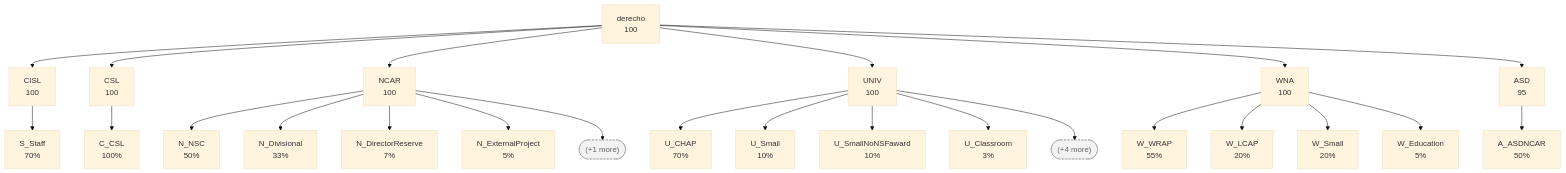
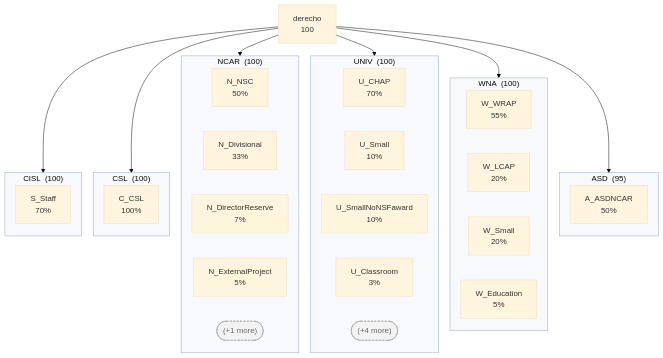
Before and after one commit to benkirk/quarto-docs-framework: the diagram in docs/sam_and_pbs/_tree_overview.qmd, drawn with Mermaid (base theme). The commit also changed 2 other files, not shown here.

Commit message:
tree2mermaid: add --stack for slide-shaped two-level fan-outs
The top-of-tree overview rendered 17 leaf columns wide -- an 8:1 strip
that shrank to illegibility on the slide. --stack draws each child of
the root as a subgraph whose own children stack vertically (invisible
~~~ links force the column), turning the overview into six facility
columns at roughly 2:1. Subgraph titles stay on one line (a <br/>
second line gets clipped by the border), stacked tiers get a neutral
fill so they don't collide with the self-leaf yellow, and stacked mode
tightens rank/node spacing via an init directive.

````diff
--- a/docs/sam_and_pbs/_tree_overview.qmd
+++ b/docs/sam_and_pbs/_tree_overview.qmd
@@ -1,32 +1,56 @@
 ```{mermaid}
-%%| fig-width: 10
+%%| fig-width: 9.5
+%%{init: {"flowchart": {"rankSpacing": 26, "nodeSpacing": 24}}}%%
 graph TD
     derecho["derecho<br/>100"]
-    derecho --> CISL["CISL<br/>100"]
-    CISL --> S_Staff["S_Staff<br/>70%"]
-    derecho --> CSL["CSL<br/>100"]
-    CSL --> C_CSL["C_CSL<br/>100%"]
-    derecho --> NCAR["NCAR<br/>100"]
-    NCAR --> N_NSC["N_NSC<br/>50%"]
-    NCAR --> N_Divisional["N_Divisional<br/>33%"]
-    NCAR --> N_DirectorReserve["N_DirectorReserve<br/>7%"]
-    NCAR --> N_ExternalProject["N_ExternalProject<br/>5%"]
-    NCAR --> NCAR_more(["(+1 more)"])
-    derecho --> UNIV["UNIV<br/>100"]
-    UNIV --> U_CHAP["U_CHAP<br/>70%"]
-    UNIV --> U_Small["U_Small<br/>10%"]
-    UNIV --> U_SmallNoNSFaward["U_SmallNoNSFaward<br/>10%"]
-    UNIV --> U_Classroom["U_Classroom<br/>3%"]
-    UNIV --> UNIV_more(["(+4 more)"])
-    derecho --> WNA["WNA<br/>100"]
-    WNA --> W_WRAP["W_WRAP<br/>55%"]
-    WNA --> W_LCAP["W_LCAP<br/>20%"]
-    WNA --> W_Small["W_Small<br/>20%"]
-    WNA --> W_Education["W_Education<br/>5%"]
-    derecho --> ASD["ASD<br/>95"]
-    ASD --> A_ASDNCAR["A_ASDNCAR<br/>50%"]
+    subgraph CISL["CISL&nbsp;&nbsp;(100)"]
+        direction TB
+        S_Staff["S_Staff<br/>70%"]
+    end
+    derecho --> CISL
+    subgraph CSL["CSL&nbsp;&nbsp;(100)"]
+        direction TB
+        C_CSL["C_CSL<br/>100%"]
+    end
+    derecho --> CSL
+    subgraph NCAR["NCAR&nbsp;&nbsp;(100)"]
+        direction TB
+        N_NSC["N_NSC<br/>50%"]
+        N_Divisional["N_Divisional<br/>33%"]
+        N_DirectorReserve["N_DirectorReserve<br/>7%"]
+        N_ExternalProject["N_ExternalProject<br/>5%"]
+        NCAR_more(["(+1 more)"])
+        N_NSC ~~~ N_Divisional ~~~ N_DirectorReserve ~~~ N_ExternalProject ~~~ NCAR_more
+    end
+    derecho --> NCAR
+    subgraph UNIV["UNIV&nbsp;&nbsp;(100)"]
+        direction TB
+        U_CHAP["U_CHAP<br/>70%"]
+        U_Small["U_Small<br/>10%"]
+        U_SmallNoNSFaward["U_SmallNoNSFaward<br/>10%"]
+        U_Classroom["U_Classroom<br/>3%"]
+        UNIV_more(["(+4 more)"])
+        U_CHAP ~~~ U_Small ~~~ U_SmallNoNSFaward ~~~ U_Classroom ~~~ UNIV_more
+    end
+    derecho --> UNIV
+    subgraph WNA["WNA&nbsp;&nbsp;(100)"]
+        direction TB
+        W_WRAP["W_WRAP<br/>55%"]
+        W_LCAP["W_LCAP<br/>20%"]
+        W_Small["W_Small<br/>20%"]
+        W_Education["W_Education<br/>5%"]
+        W_WRAP ~~~ W_LCAP ~~~ W_Small ~~~ W_Education
+    end
+    derecho --> WNA
+    subgraph ASD["ASD&nbsp;&nbsp;(95)"]
+        direction TB
+        A_ASDNCAR["A_ASDNCAR<br/>50%"]
+    end
+    derecho --> ASD
     classDef grp fill:#cfe2f3,stroke:#1f4e79,stroke-width:2px
     classDef selfleaf fill:#fff2cc,stroke:#bf9000
     classDef elided fill:#f3f3f3,stroke:#999999,stroke-dasharray:4 3,color:#666666
+    classDef tier fill:#f7f9fc,stroke:#8ea9c1
     class NCAR_more,UNIV_more elided
+    class CISL,CSL,NCAR,UNIV,WNA,ASD tier
 ```
````
